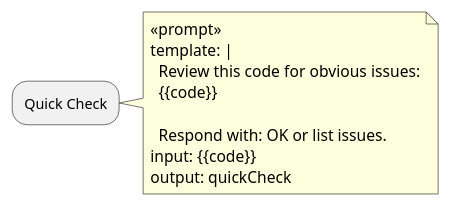
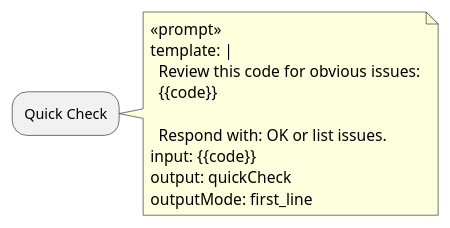
One commit to JuanToanXoup/copilot-api-minimal changed the fourth of 12 diagrams in docs/plantuml-workflow-schema.md. Above: the diagram before and after it, drawn with PlantUML. The commit also changed other lines of this file, not shown here.

First line of the commit message:
Update schema with expectedOutput, remove metadata fields

````diff
--- a/docs/plantuml-workflow-schema.md
+++ b/docs/plantuml-workflow-schema.md
@@ -111,13 +130,14 @@
 ```plantuml
 :Quick Check;
 note right
   <<prompt>>
   template: |
     Review this code for obvious issues:
     {{code}}
 
     Respond with: OK or list issues.
   input: {{code}}
   output: quickCheck
+  outputMode: first_line
 end note
 ```
````
